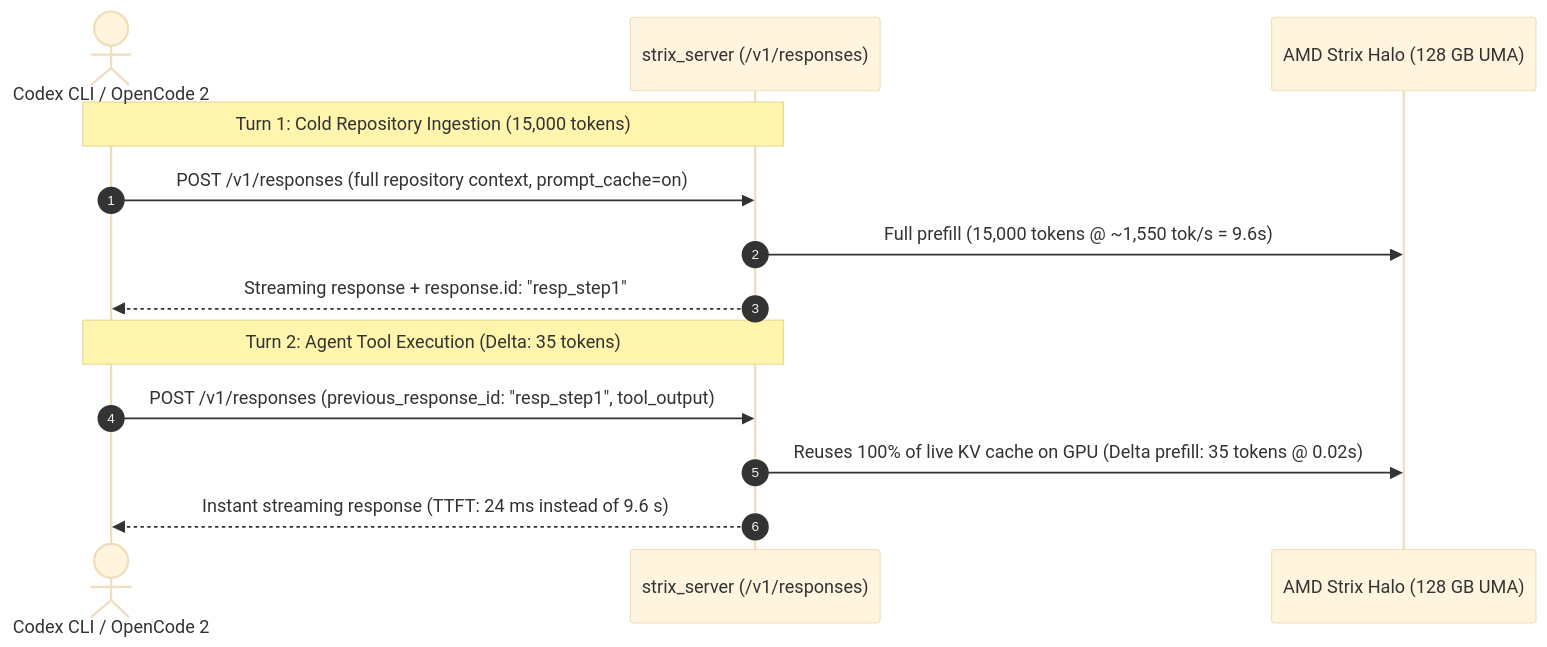
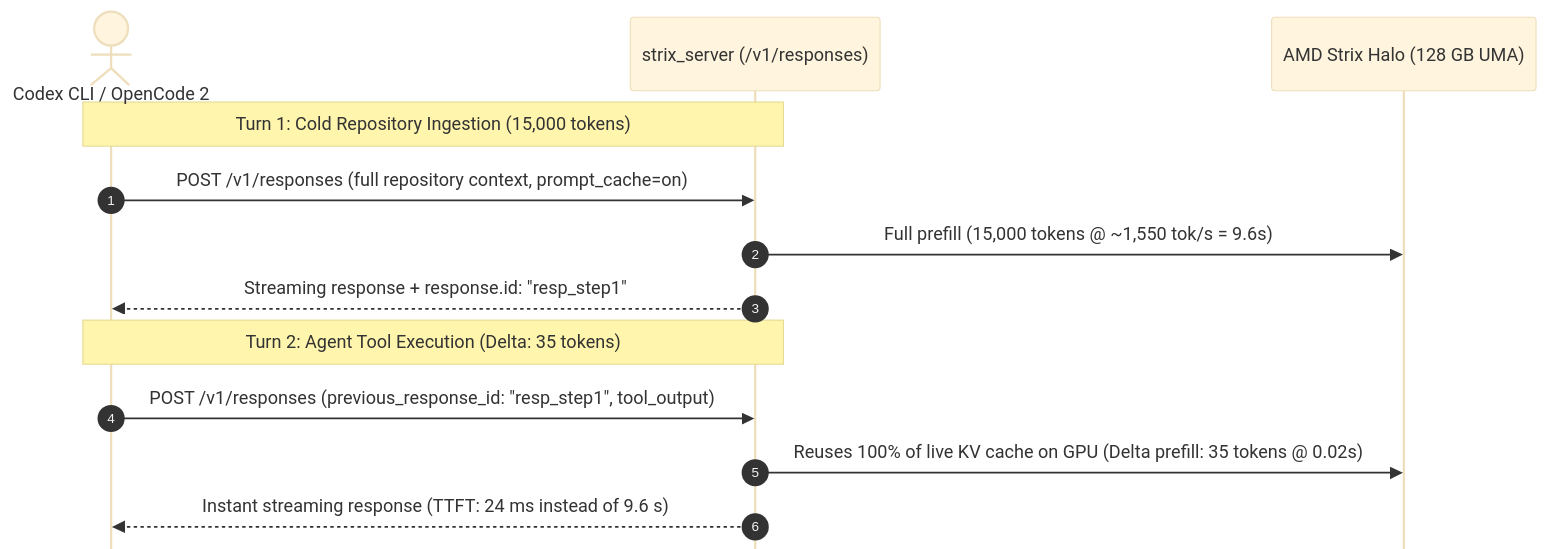
Before and after one commit to Cheblan/fastasfuck: the diagram in docs/BENCHMARKS.md, drawn with Mermaid (base theme). The commit also changed other lines of this file and 12 other files, not shown here.

Commit message:
docs(release): organize 1.0.0 benchmarks, fix KaTeX and diagrams

````diff
--- a/docs/BENCHMARKS.md
+++ b/docs/BENCHMARKS.md
@@ -173,17 +173,18 @@
 ```mermaid
+%%{init: {'sequence': {'mirrorActors': false}}}%%
 sequenceDiagram
     autonumber
     actor Client as Codex CLI / OpenCode 2
     participant Engine as strix_server (/v1/responses)
     participant GPU as AMD Strix Halo (128 GB UMA)
 
     Note over Client,Engine: Turn 1: Cold Repository Ingestion (15,000 tokens)
     Client->>Engine: POST /v1/responses (full repository context, prompt_cache=on)
     Engine->>GPU: Full prefill (15,000 tokens @ ~1,550 tok/s = 9.6s)
     Engine-->>Client: Streaming response + response.id: "resp_step1"
 
     Note over Client,Engine: Turn 2: Agent Tool Execution (Delta: 35 tokens)
     Client->>Engine: POST /v1/responses (previous_response_id: "resp_step1", tool_output)
     Engine->>GPU: Reuses 100% of live KV cache on GPU (Delta prefill: 35 tokens @ 0.02s)
     Engine-->>Client: Instant streaming response (TTFT: 24 ms instead of 9.6 s)
 ```
````
